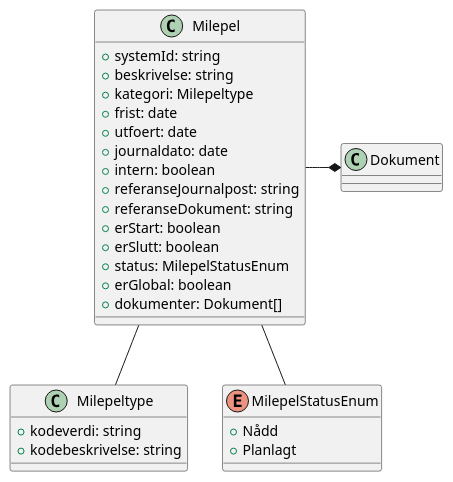
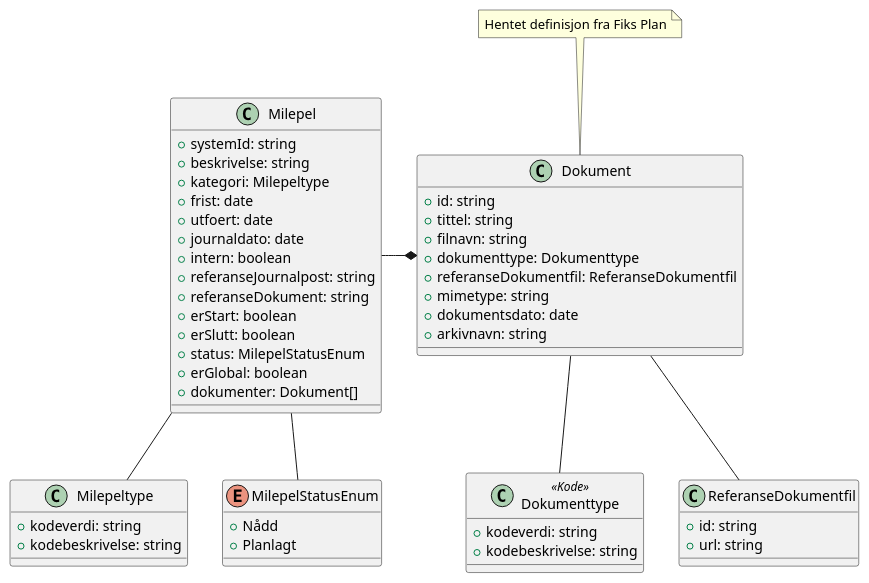
Before and after one commit to ks-no/fiks-saksfaser-specification: the diagram in Dokumentasjon/V1/ClassDiagrams/no.ks.fiks.saksfaser.v1.felles.milepel/classdiagram.pu, drawn with PlantUML. The commit also changed 16 other files, not shown here.

```diff
--- a/Dokumentasjon/V1/ClassDiagrams/no.ks.fiks.saksfaser.v1.felles.milepel/classdiagram.pu
+++ b/Dokumentasjon/V1/ClassDiagrams/no.ks.fiks.saksfaser.v1.felles.milepel/classdiagram.pu
@@ -1,35 +1,63 @@
 @startuml
 
 class Milepel {
     +systemId: string
     +beskrivelse: string
     +kategori: Milepeltype
     +frist: date
     +utfoert: date
     +journaldato: date
     +intern: boolean
     +referanseJournalpost: string
     +referanseDokument: string
     +erStart: boolean
     +erSlutt: boolean
     +status: MilepelStatusEnum
     +erGlobal: boolean
     +dokumenter: Dokument[]
 }
 
 Milepel -- Milepeltype
 
 class Milepeltype {
     +kodeverdi: string
     +kodebeskrivelse: string
 }
 
 Milepel -- MilepelStatusEnum
 Milepel -* Dokument
 
 enum MilepelStatusEnum {
     +Nådd
     +Planlagt
 }
 
+
+class Dokument {
+    +id: string
+    +tittel: string
+    +filnavn: string
+    +dokumenttype: Dokumenttype
+    +referanseDokumentfil: ReferanseDokumentfil
+    +mimetype: string
+    +dokumentsdato: date
+    +arkivnavn: string
+}
+
+note top of Dokument : Hentet definisjon fra Fiks Plan
+
+Dokument -- Dokumenttype
+Dokument -- ReferanseDokumentfil
+
+class Dokumenttype <<Kode>> {
+    +kodeverdi: string
+    +kodebeskrivelse: string
+}
+
+class ReferanseDokumentfil {
+    +id: string
+    +url: string
+}
+
+
 @enduml
```
